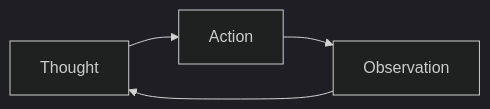
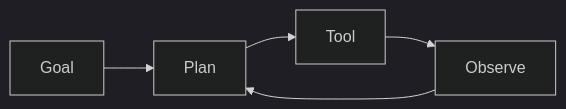
The diagram in domains/ai-agents/cognition/01-agent-reasoning-patterns.md (abdulsamad183/ai-engineering-playbook), drawn with Mermaid (dark theme) before and after one commit. The commit also changed other lines of this file and 127 other files, not shown here.

````diff
--- a/domains/ai-agents/cognition/01-agent-reasoning-patterns.md
+++ b/domains/ai-agents/cognition/01-agent-reasoning-patterns.md
@@ -37,6 +87,4 @@
 ```mermaid
 flowchart LR
-    T[Thought] --> A[Action]
-    A --> O[Observation]
-    O --> T
+  Goal --> Plan --> Tool --> Observe --> Plan
 ```
````
